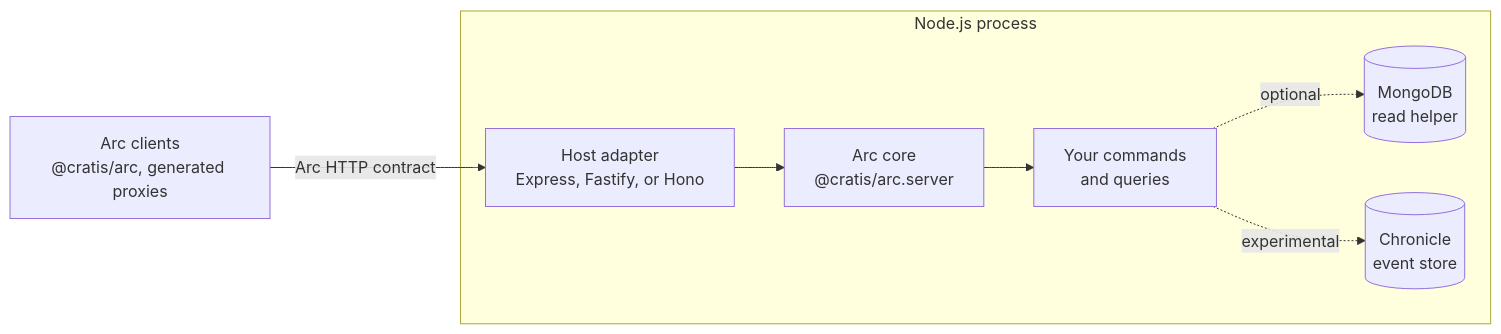
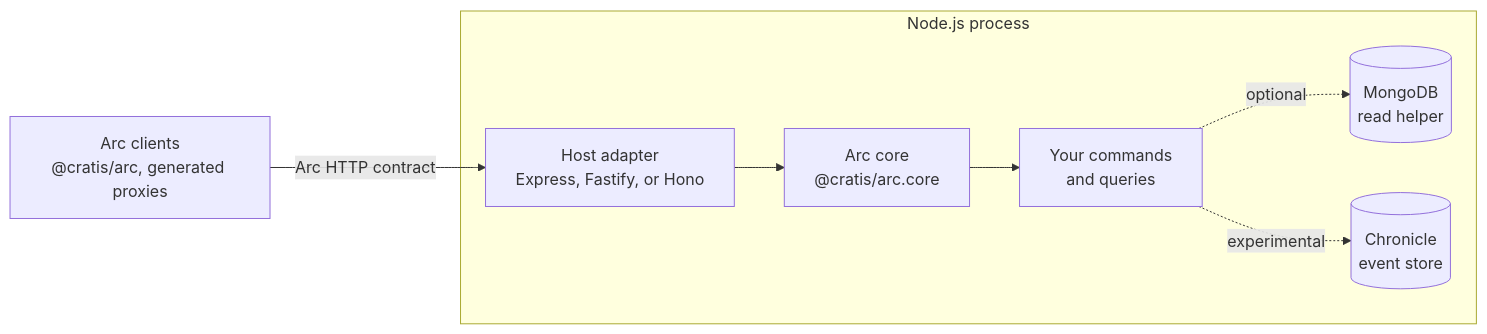
Before and after one commit to Cratis/Arc.TypeScript: the diagram in Documentation/explanation/architecture.md, drawn with Mermaid. The commit also changed other lines of this file and 18 other files, not shown here.

````diff
--- a/Documentation/explanation/architecture.md
+++ b/Documentation/explanation/architecture.md
@@ -14,10 +14,10 @@
 ```mermaid
 flowchart LR
     Client["Arc clients<br/>@cratis/arc, generated proxies"] -->|Arc HTTP contract| Adapter
     subgraph Server["Node.js process"]
-        Adapter["Host adapter<br/>Express, Fastify, or Hono"] --> Core["Arc core<br/>@cratis/arc.server"]
+        Adapter["Host adapter<br/>Express, Fastify, or Hono"] --> Core["Arc core<br/>@cratis/arc.core"]
         Core --> App["Your commands<br/>and queries"]
         App -.optional.-> Mongo[("MongoDB<br/>read helper")]
         App -.experimental.-> Chronicle[("Chronicle<br/>event store")]
     end
 ```
````
